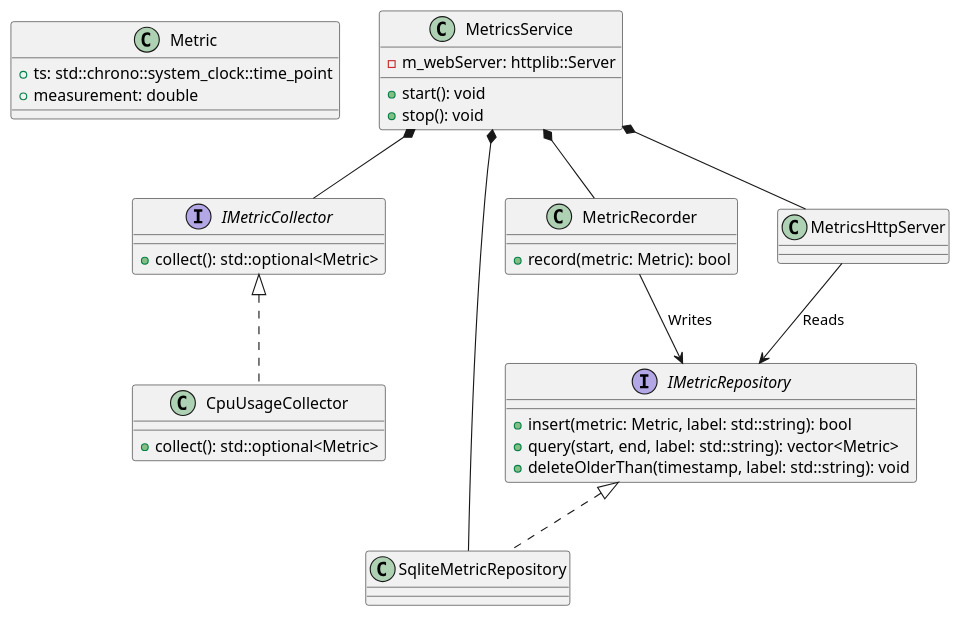
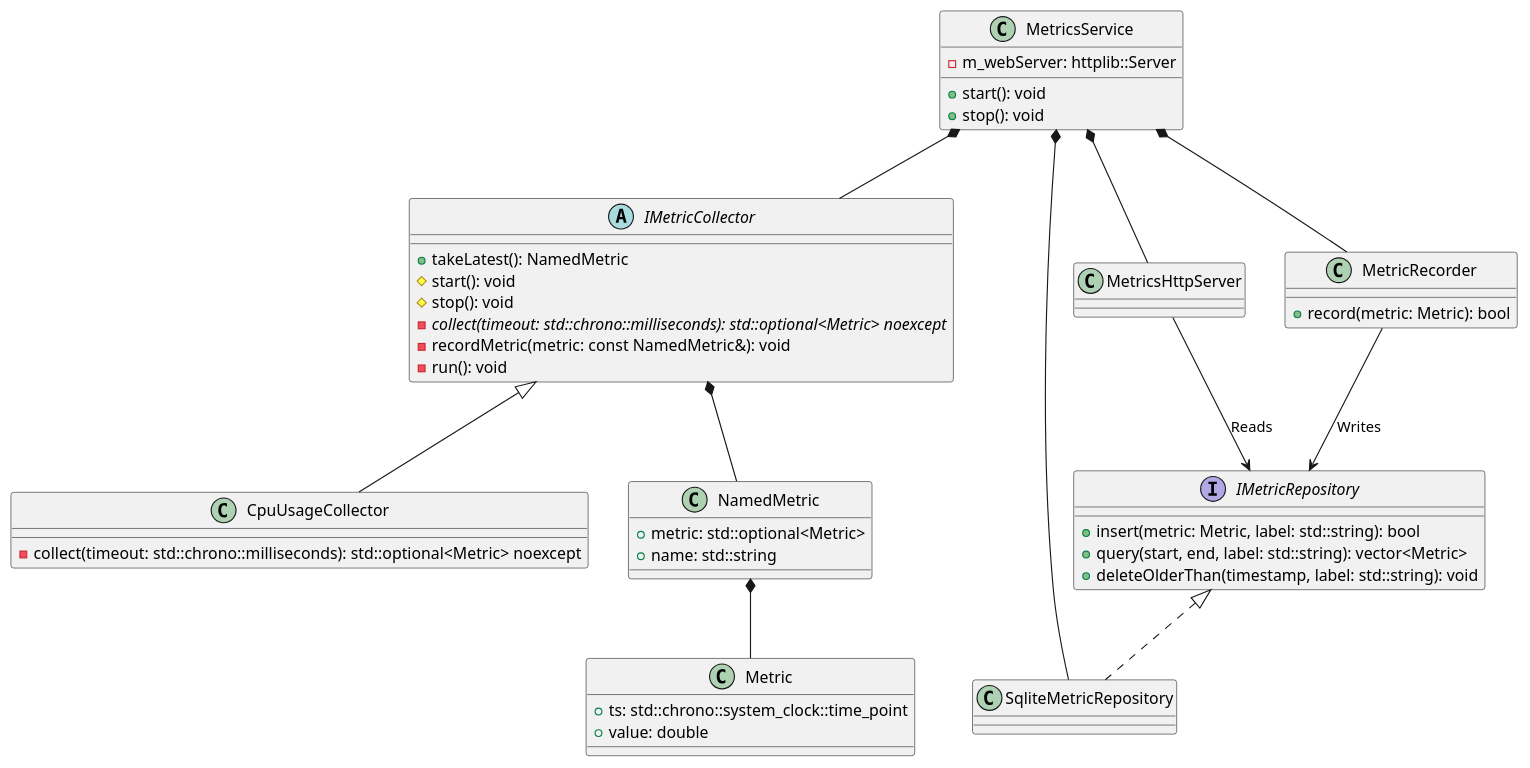
One commit to rohanjaya/metrics-visualizer changed the second of 2 diagrams in Design.md. Above: the diagram before and after it, drawn with PlantUML. The commit also changed other lines of this file and 3 other files, not shown here.

Commit message:
split IMetricCollector into cpp file and update design doc

```diff
--- a/Design.md
+++ b/Design.md
@@ -25,49 +25,61 @@
 @startuml
 
 class Metric {
     + ts: std::chrono::system_clock::time_point
-    + measurement: double
+    + value: double
 }
 
-interface IMetricCollector {
-    + collect(): std::optional<Metric>
+class NamedMetric {
+    + metric: std::optional<Metric>
+    + name: std::string
+}
+
+abstract class IMetricCollector {
+    + takeLatest(): NamedMetric
+    # start(): void
+    # stop(): void
+    - {abstract} collect(timeout: std::chrono::milliseconds): std::optional<Metric> noexcept
+    - recordMetric(metric: const NamedMetric&): void
+    - run(): void
 }
 
 class CpuUsageCollector {
-    + collect(): std::optional<Metric>
+    - collect(timeout: std::chrono::milliseconds): std::optional<Metric> noexcept
 }
 
 class MetricsService {
     + start(): void
     + stop(): void
     - m_webServer: httplib::Server
 }
 
 class MetricRecorder {
     + record(metric: Metric): bool
 }
 
 interface IMetricRepository {
     + insert(metric: Metric, label: std::string): bool
     + query(start, end, label: std::string): vector<Metric>
     + deleteOlderThan(timestamp, label: std::string): void
 }
 
 class SqliteMetricRepository {
 }
 
 class MetricsHttpServer {
 }
 
-IMetricCollector <|.. CpuUsageCollector
+IMetricCollector <|-- CpuUsageCollector
+IMetricCollector *-- NamedMetric
+NamedMetric *-- Metric
 IMetricRepository <|.. SqliteMetricRepository
 
 MetricsService *-- IMetricCollector
 MetricsService *-- MetricRecorder
 MetricsService *-- MetricsHttpServer
 MetricsService *-- SqliteMetricRepository
 
 MetricRecorder --> IMetricRepository : Writes
 MetricsHttpServer --> IMetricRepository : Reads
 
 @enduml
```
